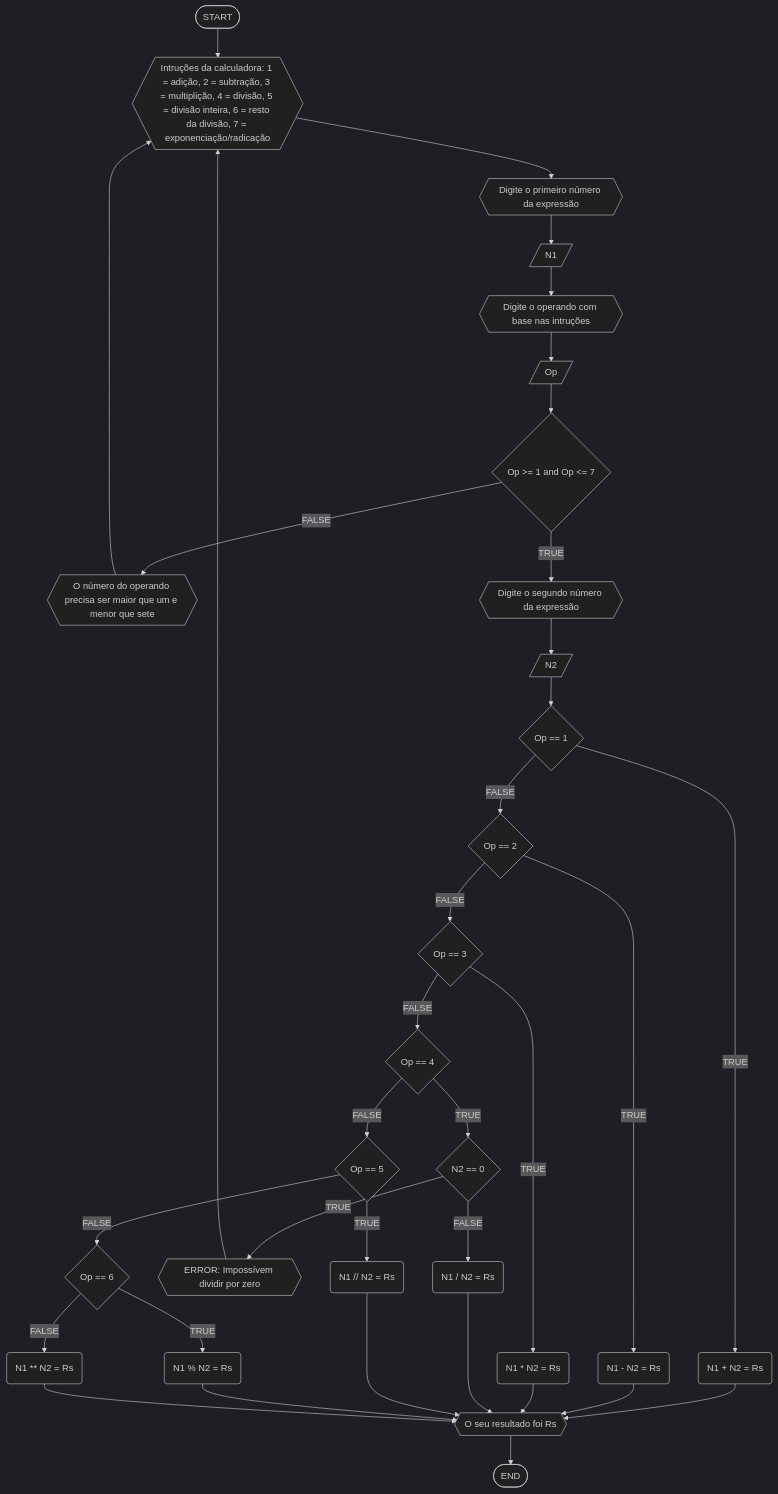
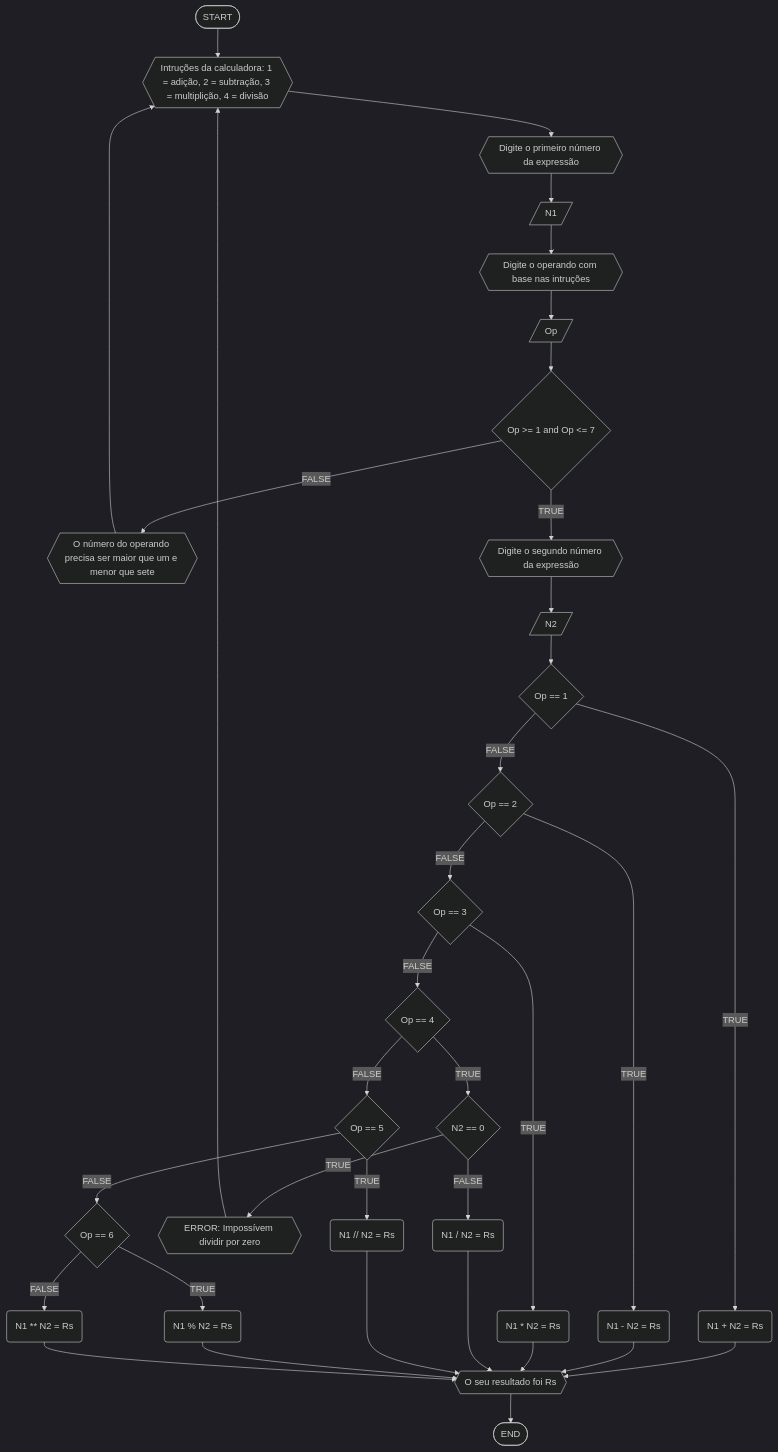
The fourth of 5 diagrams in RLA/LISTA 02.md (sauloppassos/UNIFOR), drawn with Mermaid (dark theme) before and after one commit. The commit also changed other lines of this file, not shown here.

````diff
--- a/RLA/LISTA 02.md
+++ b/RLA/LISTA 02.md
@@ -140,38 +140,38 @@
 ```mermaid
 flowchart TD
-A([START]) --> B{{Intruções da calculadora: 1 = adição, 2 = subtração, 3 = multiplição, 4 = divisão, 5 = divisão inteira, 6 = resto da divisão, 7 = exponenciação/radicação}}
+A([START]) --> B{{Intruções da calculadora: 1 = adição, 2 = subtração, 3 = multiplição, 4 = divisão}}
 B-->C{{Digite o primeiro número da expressão}}
 C-->D[/N1/]
 D-->E{{Digite o operando com base nas intruções}}
 E-->F[/Op/]
 F-->G{Op >= 1 and Op <= 7}
 G--FALSE-->H{{O número do operando precisa ser maior que um e menor que sete}}
 H-->B
 G--TRUE-->I{{Digite o segundo número da expressão}}
 I-->J[/N2/]
 J-->K{Op == 1}
 K--FALSE-->L{Op == 2}
 K--TRUE-->k(N1 + N2 = Rs)
 k-->R
 L--FALSE-->M{Op == 3}
 L--TRUE-->l(N1 - N2 = Rs)
 l-->R
 M--FALSE-->N{Op == 4}
 M--TRUE-->m(N1 * N2 = Rs)
 m-->R
 N--FALSE-->O{Op == 5}
 N--TRUE-->n{N2 == 0}
 n--FALSE-->n2(N1 / N2 = Rs)
 n--TRUE-->n3{{ERROR: Impossívem dividir por zero}}
 n2-->R
 n3-->B
 O--FALSE-->P{Op == 6}
 O--TRUE-->o(N1 // N2 = Rs)
 o-->R
 P--FALSE-->q
 P--TRUE-->p(N1 % N2 = Rs)
 p-->R
 q(N1 ** N2 = Rs)
 q-->R{{O seu resultado foi Rs}}
 R-->Z([END])
 ```
````
